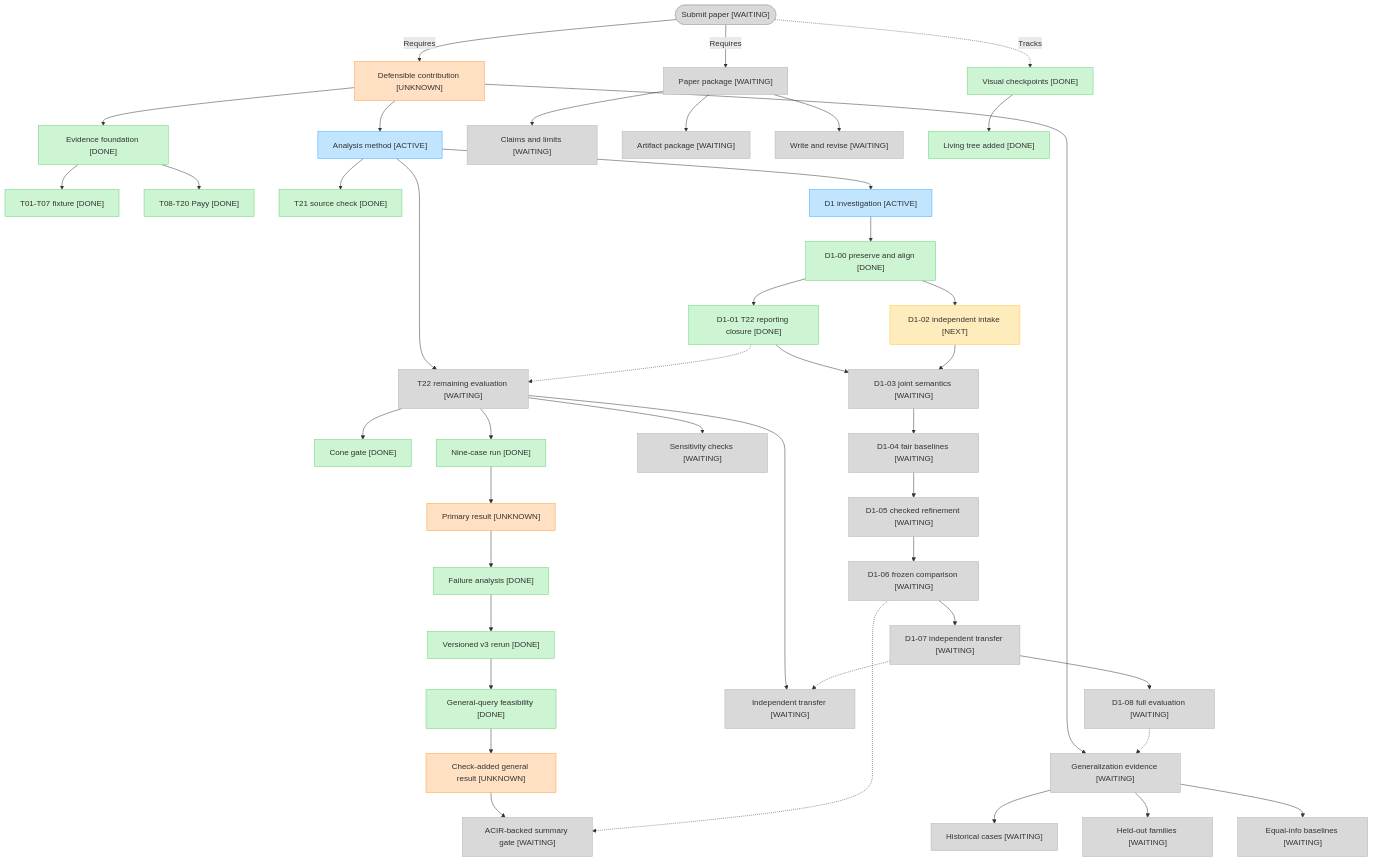
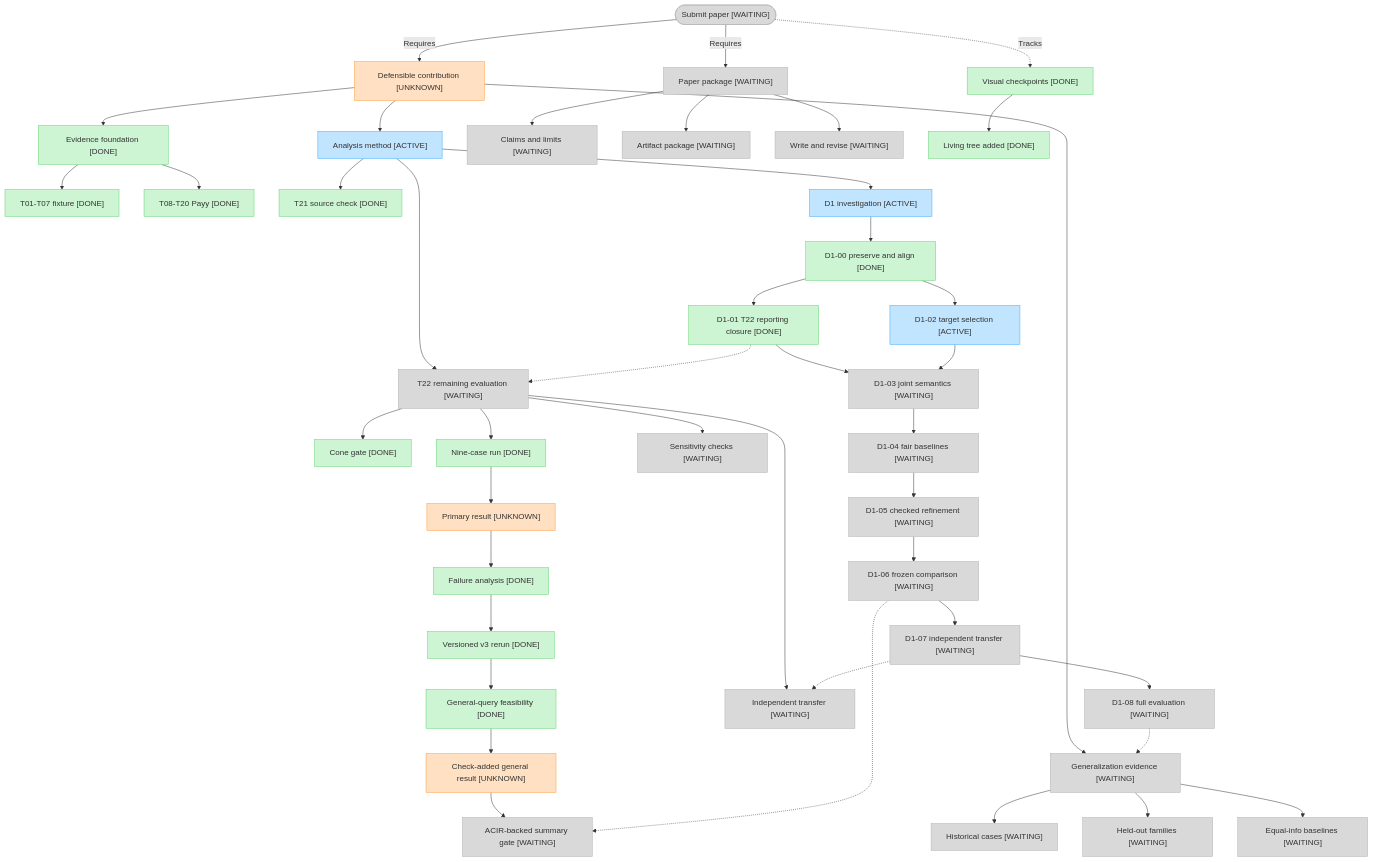
One commit to imranpollob/BindCheck changed the diagram in docs/project-status.md. Above: the diagram before and after it, drawn with Mermaid. The commit also changed other lines of this file and 12 other files, not shown here.

````diff
--- a/docs/project-status.md
+++ b/docs/project-status.md
@@ -16,66 +16,65 @@
 ```mermaid
 flowchart TD
     submit(["Submit paper [WAITING]"])
     contribution["Defensible contribution [UNKNOWN]"]
     submit -->|"Requires"| contribution
     submit -->|"Requires"| manuscript["Paper package [WAITING]"]
     submit -.->|"Tracks"| tracking["Visual checkpoints [DONE]"]
 
     contribution --> foundation["Evidence foundation [DONE]"]
     contribution --> analysis["Analysis method [ACTIVE]"]
     contribution --> evaluation["Generalization evidence [WAITING]"]
 
     foundation --> fixture["T01-T07 fixture [DONE]"]
     foundation --> payy["T08-T20 Payy [DONE]"]
 
     analysis --> sourceCheck["T21 source check [DONE]"]
     analysis --> t22["T22 remaining evaluation [WAITING]"]
     t22 --> coneGate["Cone gate [DONE]"]
     t22 --> nineCases["Nine-case run [DONE]"]
     nineCases --> primaryResult["Primary result [UNKNOWN]"]
     primaryResult --> failureAnalysis["Failure analysis [DONE]"]
     failureAnalysis --> v3Rerun["Versioned v3 rerun [DONE]"]
     v3Rerun --> generalGate["General-query feasibility [DONE]"]
     generalGate --> generalResult["Check-added general result [UNKNOWN]"]
     generalResult --> acirSummary["ACIR-backed summary gate [WAITING]"]
     t22 --> transferCase["Independent transfer [WAITING]"]
     t22 --> sensitivity["Sensitivity checks [WAITING]"]
 
     analysis --> d1["D1 investigation [ACTIVE]"]
     d1 --> d100["D1-00 preserve and align [DONE]"]
     d100 --> d101["D1-01 T22 reporting closure [DONE]"]
-    d100 --> d102["D1-02 independent intake [NEXT]"]
+    d100 --> d102["D1-02 target selection [ACTIVE]"]
     d101 --> d103["D1-03 joint semantics [WAITING]"]
     d102 --> d103
     d103 --> d104["D1-04 fair baselines [WAITING]"]
     d104 --> d105["D1-05 checked refinement [WAITING]"]
     d105 --> d106["D1-06 frozen comparison [WAITING]"]
     d106 --> d107["D1-07 independent transfer [WAITING]"]
     d107 --> d108["D1-08 full evaluation [WAITING]"]
     d101 -.-> t22
     d106 -.-> acirSummary
     d107 -.-> transferCase
     d108 -.-> evaluation
 
     evaluation --> history["Historical cases [WAITING]"]
     evaluation --> heldOut["Held-out families [WAITING]"]
     evaluation --> baselines["Equal-info baselines [WAITING]"]
 
     manuscript --> claims["Claims and limits [WAITING]"]
     manuscript --> artifacts["Artifact package [WAITING]"]
     manuscript --> draft["Write and revise [WAITING]"]
 
     tracking --> livingTree["Living tree added [DONE]"]
 
     classDef done fill:#CDF4D3,stroke:#66D575
     classDef active fill:#C2E5FF,stroke:#3DADFF
     classDef next fill:#FFECBD,stroke:#FFC943
     classDef waiting fill:#D9D9D9,stroke:#B3B3B3
     classDef unknown fill:#FFE0C2,stroke:#FF9E42
 
     class foundation,fixture,payy,sourceCheck,coneGate,nineCases,failureAnalysis,v3Rerun,generalGate,tracking,livingTree,d100,d101 done
-    class analysis,d1 active
-    class d102 next
+    class analysis,d1,d102 active
     class evaluation,history,heldOut,baselines,manuscript,claims,artifacts,draft,transferCase,sensitivity,submit,t22,acirSummary,d103,d104,d105,d106,d107,d108 waiting
     class contribution,primaryResult,generalResult unknown
 ```
````
